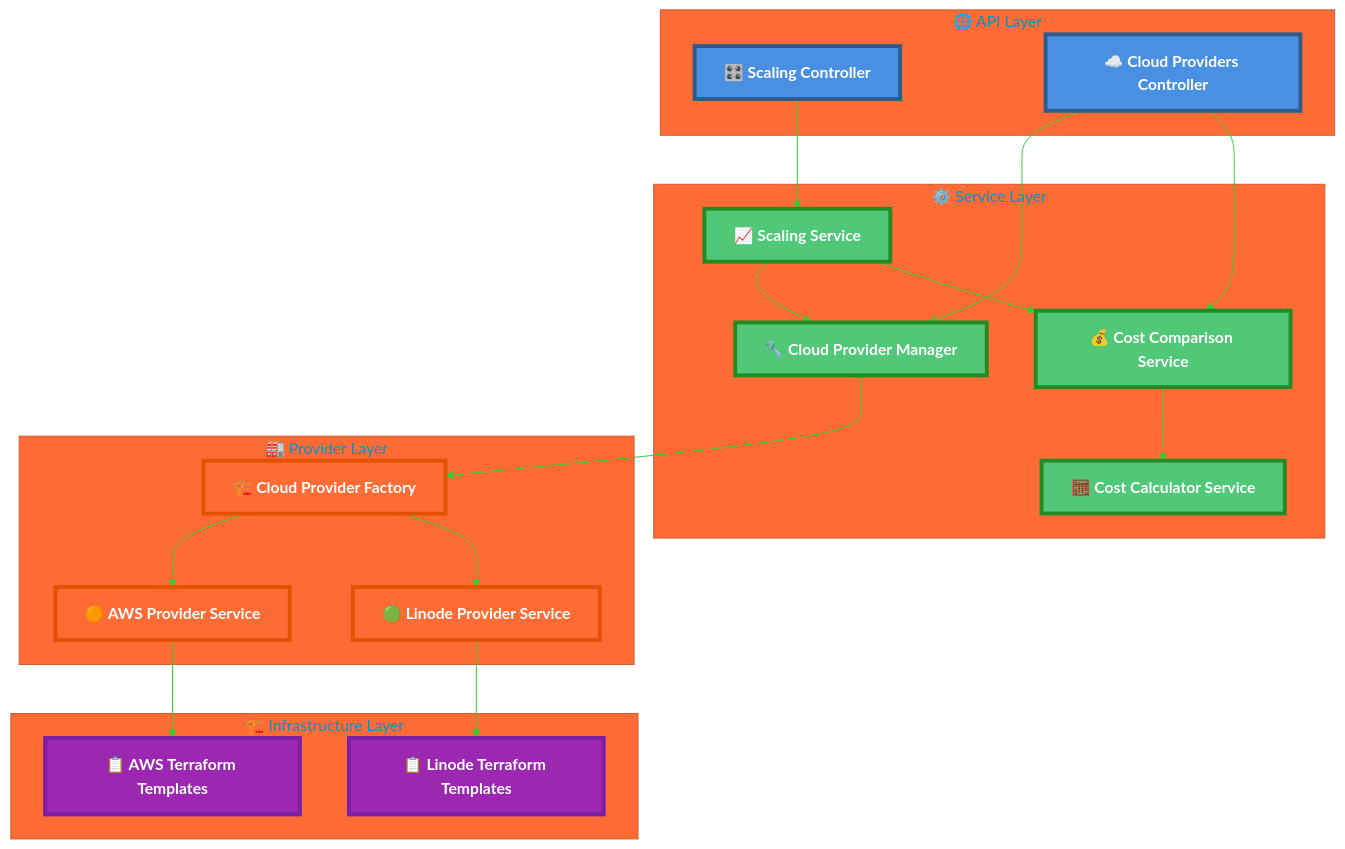
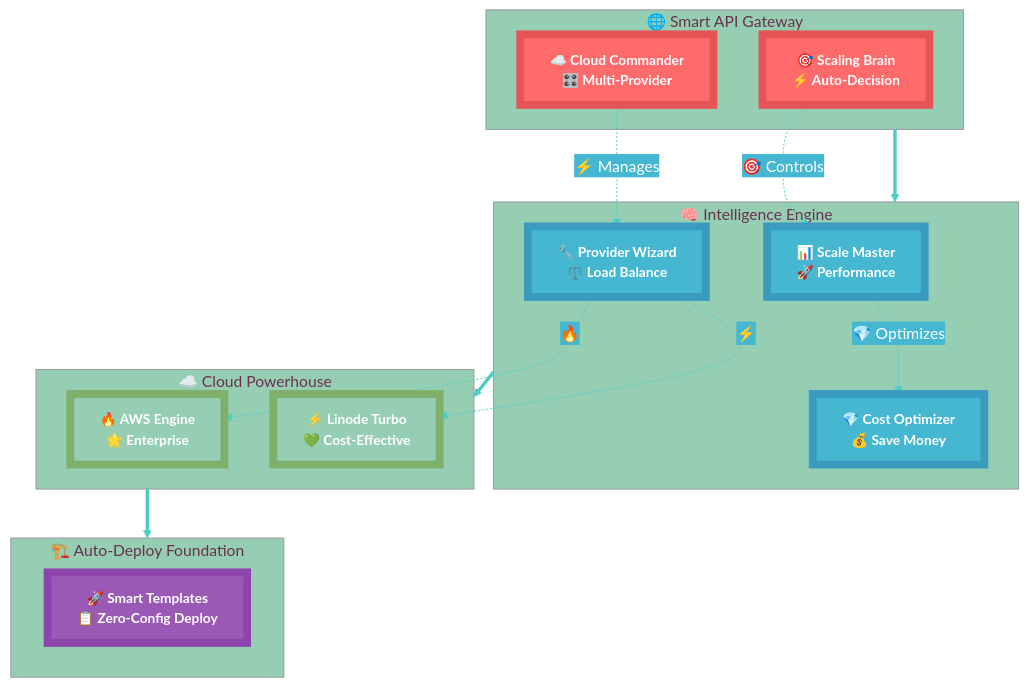
One commit to abdoElHodaky/transportapp changed the diagram in docs/MULTI_CLOUD_ARCHITECTURE.md. Above: the diagram before and after it, drawn with Mermaid. The commit also changed other lines of this file and 2 other files, not shown here.

````diff
--- a/docs/MULTI_CLOUD_ARCHITECTURE.md
+++ b/docs/MULTI_CLOUD_ARCHITECTURE.md
@@ -11,60 +11,56 @@
 ```mermaid
 %%{init: {
   'theme': 'base',
   'themeVariables': {
     'background': 'transparent',
-    'primaryColor': '#4A90E2',
+    'primaryColor': '#FF6B6B',
     'primaryTextColor': '#ffffff',
-    'primaryBorderColor': '#2E5C8A',
-    'lineColor': '#32CD32',
-    'secondaryColor': '#50C878',
-    'tertiaryColor': '#FF6B35'
+    'primaryBorderColor': '#E55555',
+    'lineColor': '#4ECDC4',
+    'secondaryColor': '#45B7D1',
+    'tertiaryColor': '#96CEB4'
   }
 }}%%
 graph TB
-    subgraph APILayer["🌐 API Layer"]
-        SC["🎛️ Scaling Controller"]
-        CPC["☁️ Cloud Providers Controller"]
+    subgraph APILayer["🌐 Smart API Gateway"]
+        SC["🎯 Scaling Brain<br/>⚡ Auto-Decision"]
+        CPC["☁️ Cloud Commander<br/>🎛️ Multi-Provider"]
     end
     
-    subgraph ServiceLayer["⚙️ Service Layer"]
-        SS["📈 Scaling Service"]
-        CPMS["🔧 Cloud Provider Manager"]
-        CCS["💰 Cost Comparison Service"]
-        CCS2["🧮 Cost Calculator Service"]
+    subgraph ServiceLayer["🧠 Intelligence Engine"]
+        SS["📊 Scale Master<br/>🚀 Performance"]
+        CPMS["🔧 Provider Wizard<br/>⚖️ Load Balance"]
+        CCS["💎 Cost Optimizer<br/>💰 Save Money"]
     end
     
-    subgraph ProviderLayer["🏭 Provider Layer"]
-        CPF["🏗️ Cloud Provider Factory"]
-        AWS["🟠 AWS Provider Service"]
-        LIN["🟢 Linode Provider Service"]
+    subgraph ProviderLayer["☁️ Cloud Powerhouse"]
+        AWS["🔥 AWS Engine<br/>🌟 Enterprise"]
+        LIN["⚡ Linode Turbo<br/>💚 Cost-Effective"]
     end
     
-    subgraph InfrastructureLayer["🏗️ Infrastructure Layer"]
-        AWST["📋 AWS Terraform Templates"]
-        LINT["📋 Linode Terraform Templates"]
+    subgraph InfrastructureLayer["🏗️ Auto-Deploy Foundation"]
+        INFRA["🚀 Smart Templates<br/>📋 Zero-Config Deploy"]
     end
     
-    SC --> SS
-    CPC --> CPMS
-    CPC --> CCS
-    SS --> CPMS
-    SS --> CCS
-    CPMS --> CPF
-    CCS --> CCS2
-    CPF --> AWS
-    CPF --> LIN
-    AWS --> AWST
-    LIN --> LINT
+    %% Eye-catching connections
+    APILayer ==> ServiceLayer
+    ServiceLayer ==> ProviderLayer
+    ProviderLayer ==> InfrastructureLayer
+    
+    SC -.->|"🎯 Controls"| SS
+    CPC -.->|"⚡ Manages"| CPMS
+    SS -.->|"💎 Optimizes"| CCS
+    CPMS -.->|"🔥"| AWS
+    CPMS -.->|"⚡"| LIN
 
-    %% Professional Styling
-    classDef apiLayer fill:#4A90E2,stroke:#2E5C8A,stroke-width:4px,color:#ffffff,font-weight:bold
-    classDef serviceLayer fill:#50C878,stroke:#228B22,stroke-width:4px,color:#ffffff,font-weight:bold
-    classDef providerLayer fill:#FF6B35,stroke:#E55100,stroke-width:4px,color:#ffffff,font-weight:bold
-    classDef infrastructureLayer fill:#9C27B0,stroke:#7B1FA2,stroke-width:4px,color:#ffffff,font-weight:bold
+    %% Distinguished Eye-catching Styling
+    classDef api fill:#FF6B6B,stroke:#E55555,stroke-width:8px,color:#ffffff,font-weight:bold,font-size:14px
+    classDef service fill:#45B7D1,stroke:#3A9BC1,stroke-width:8px,color:#ffffff,font-weight:bold,font-size:14px
+    classDef provider fill:#96CEB4,stroke:#7FB069,stroke-width:8px,color:#ffffff,font-weight:bold,font-size:14px
+    classDef infrastructure fill:#9B59B6,stroke:#8E44AD,stroke-width:8px,color:#ffffff,font-weight:bold,font-size:14px
 
-    class SC,CPC apiLayer
-    class SS,CPMS,CCS,CCS2 serviceLayer
-    class CPF,AWS,LIN providerLayer
-    class AWST,LINT infrastructureLayer
+    class SC,CPC api
+    class SS,CPMS,CCS service
+    class AWS,LIN provider
+    class INFRA infrastructure
 ```
````
